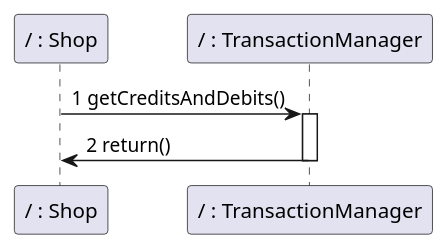
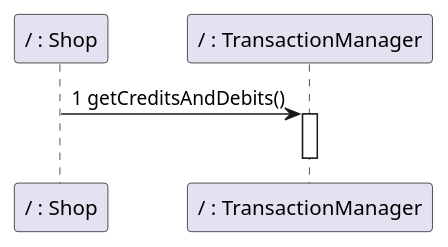
One commit to nicolabattaglino/ezshop changed diagram 16 of 18 in Deliverables/DesignDocument.md. Above: the diagram before and after it, drawn with PlantUML. The commit also changed other lines of this file, not shown here.

````diff
--- a/Deliverables/DesignDocument.md
+++ b/Deliverables/DesignDocument.md
@@ -878,11 +870,10 @@
 ```plantuml
 @startuml
 
 participant "/ : Shop" as Shop
 participant "/ : TransactionManager" as TransactionManager
 Shop -> TransactionManager:1 getCreditsAndDebits()
 activate TransactionManager
-TransactionManager  -> Shop:2 return()
 deactivate TransactionManager 
 @enduml
 ```
````
